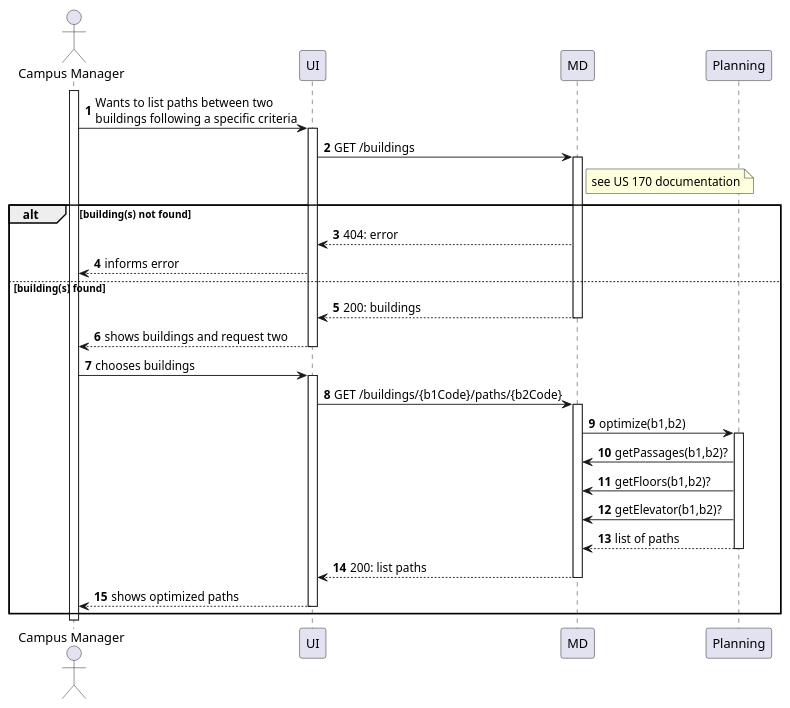
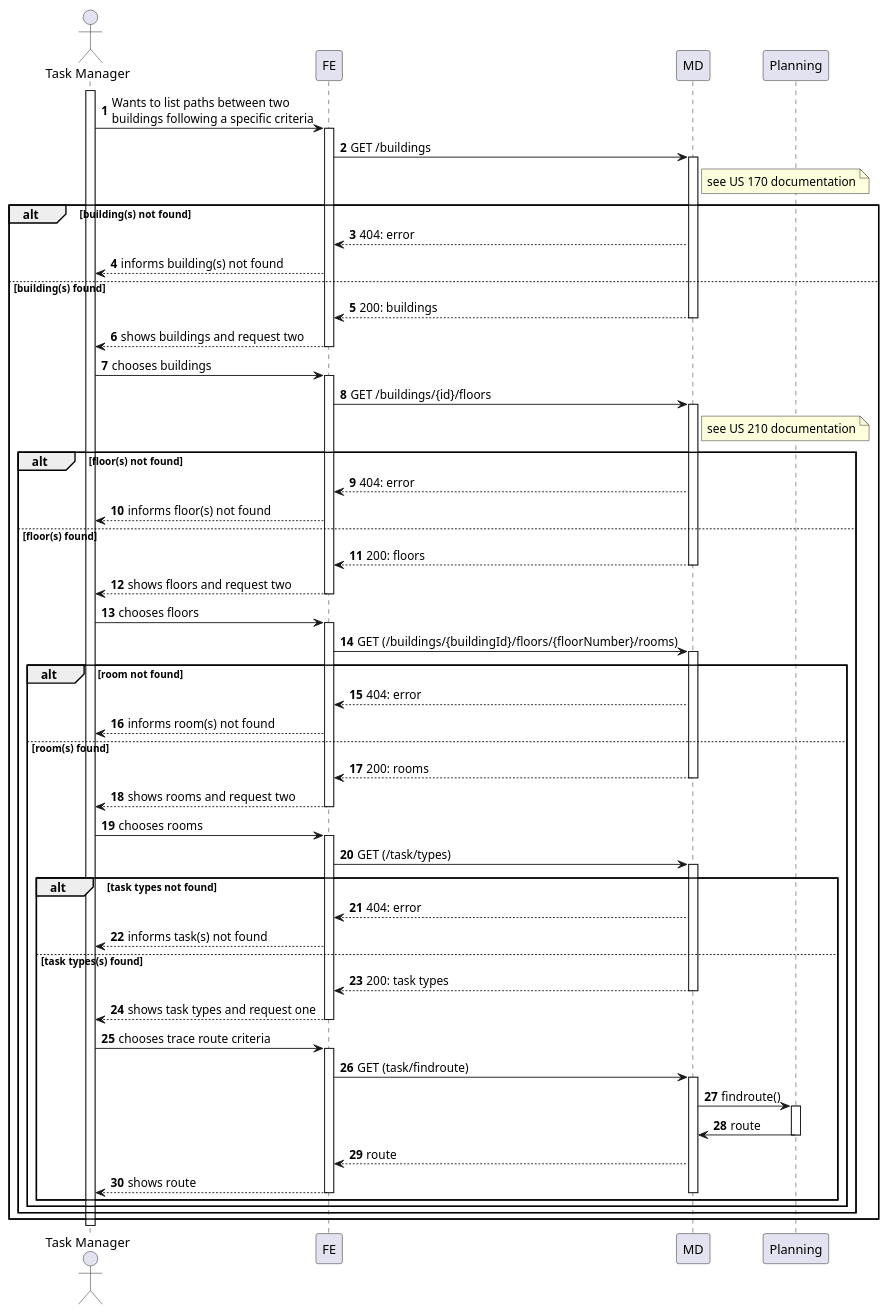
Before and after one commit to Departamento-de-Engenharia-Informatica/lapr5-23-24-g19: the diagram in docs/us1220/level2/process-view.puml, drawn with PlantUML. The commit also changed 3 other files, not shown here.

```diff
--- a/docs/us1220/level2/process-view.puml
+++ b/docs/us1220/level2/process-view.puml
@@ -1,53 +1,99 @@
 @startuml
 autonumber
 
-actor "Campus Manager" as usr
+actor "Task Manager" as usr
 
-participant "UI" as ui
+participant "FE" as ui
 participant "MD" as md
 participant "Planning" as pl
 
 activate usr
     usr -> ui : Wants to list paths between two \nbuildings following a specific criteria
     activate ui
-        ui -> md : GET /buildings
-        activate md
-            note right of md : see US 170 documentation
+            ui -> md : GET /buildings
+            activate md
+                note right of md : see US 170 documentation
 
-        alt building(s) not found
-            md --> ui: 404: error
-            ui --> usr: informs error
-        else building(s) found
-            md --> ui : 200: buildings
-            deactivate md
+            alt building(s) not found
+                md --> ui: 404: error
+                ui --> usr: informs building(s) not found
+            else building(s) found
+                md --> ui : 200: buildings
+                deactivate md
 
-        ui --> usr : shows buildings and request two
-    deactivate ui
+            ui --> usr : shows buildings and request two
+        deactivate ui
 
-    usr -> ui : chooses buildings
-    activate ui
+        usr -> ui : chooses buildings
+        activate ui
+            ui -> md : GET /buildings/{id}/floors
+            activate md
+                note right of md : see US 210 documentation
 
-       ui -> md: GET /buildings/{b1Code}/paths/{b2Code}
-       activate md
-            md -> pl: optimize(b1,b2)
-            activate pl
-                pl -> md: getPassages(b1,b2)?
-                pl -> md: getFloors(b1,b2)?
-                pl -> md: getElevator(b1,b2)?
+                alt floor(s) not found
+                    md --> ui: 404: error
+                    ui --> usr: informs floor(s) not found
+                else floor(s) found
+                    md --> ui : 200: floors
+                    deactivate md
+
+            ui --> usr : shows floors and request two
+        deactivate ui
+
+        usr -> ui: chooses floors
+        activate ui
+            ui -> md : GET (/buildings/{buildingId}/floors/{floorNumber}/rooms)
+            activate md
 
 
-                pl --> md: list of paths
-            deactivate pl
+                alt room not found
+                    md --> ui: 404: error
+                    ui --> usr: informs room(s) not found
+                else room(s) found
+                    md --> ui : 200: rooms
+                    deactivate md
+                    ui --> usr : shows rooms and request two
 
-            md --> ui : 200: list paths
-       deactivate md
+        deactivate ui
 
-       ui --> usr : shows optimized paths
+                usr -> ui: chooses rooms
+                activate ui
+                ui -> md : GET (/task/types)
+                activate md
+                    alt task types not found
+                    md --> ui: 404: error
+                    ui --> usr: informs task(s) not found
+                else task types(s) found
+                    md --> ui : 200: task types
+                    deactivate md
+                    ui --> usr : shows task types and request one
+                deactivate md
+        deactivate ui
+
+                usr -> ui: chooses trace route criteria
+                activate ui
+                ui -> md: GET (task/findroute)
+                activate md
+                    md -> pl : findroute()
+                    activate pl
+
+
+                    pl -> md: route
+                    deactivate pl
+
+                    md --> ui:route
+                    ui --> usr: shows route
+                deactivate md
 
 
 
-    deactivate ui
-    end
-deactivate usr
+                deactivate ui
+
+                        end
+                    end
+                end
+            end
+        deactivate ui
+    deactivate usr
 
 @enduml
```
